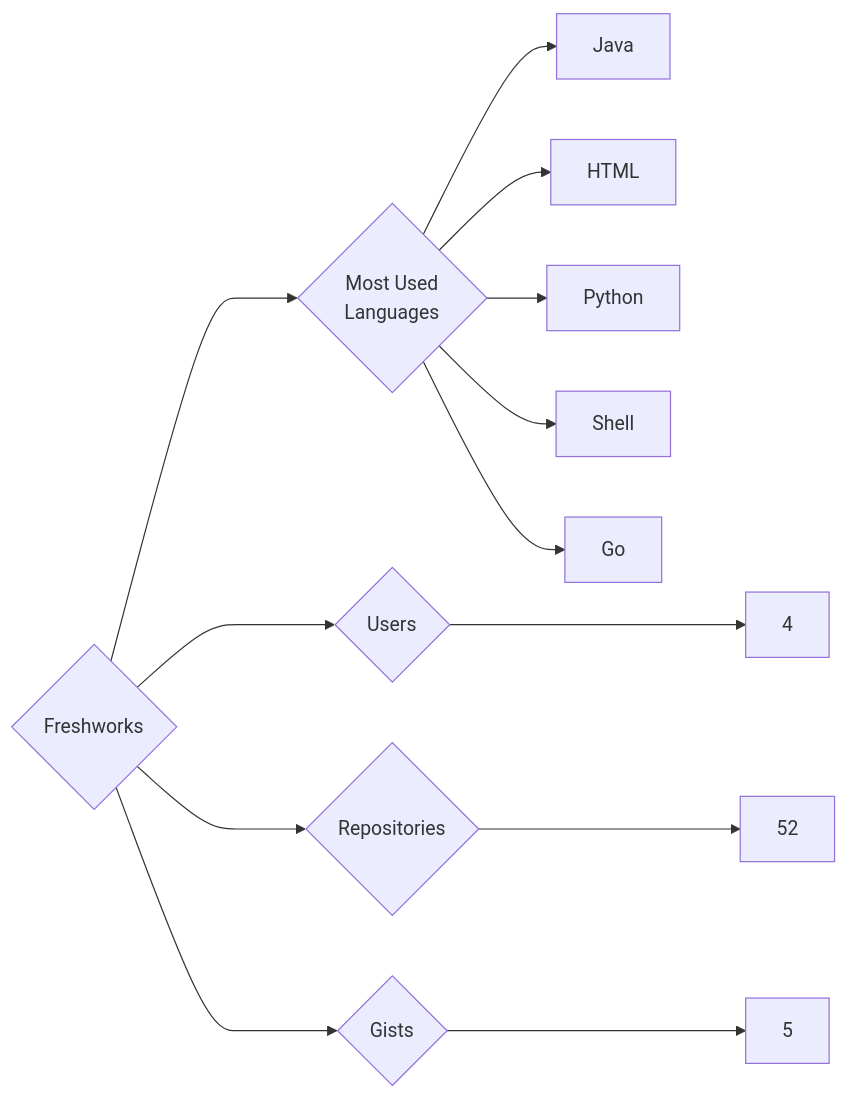
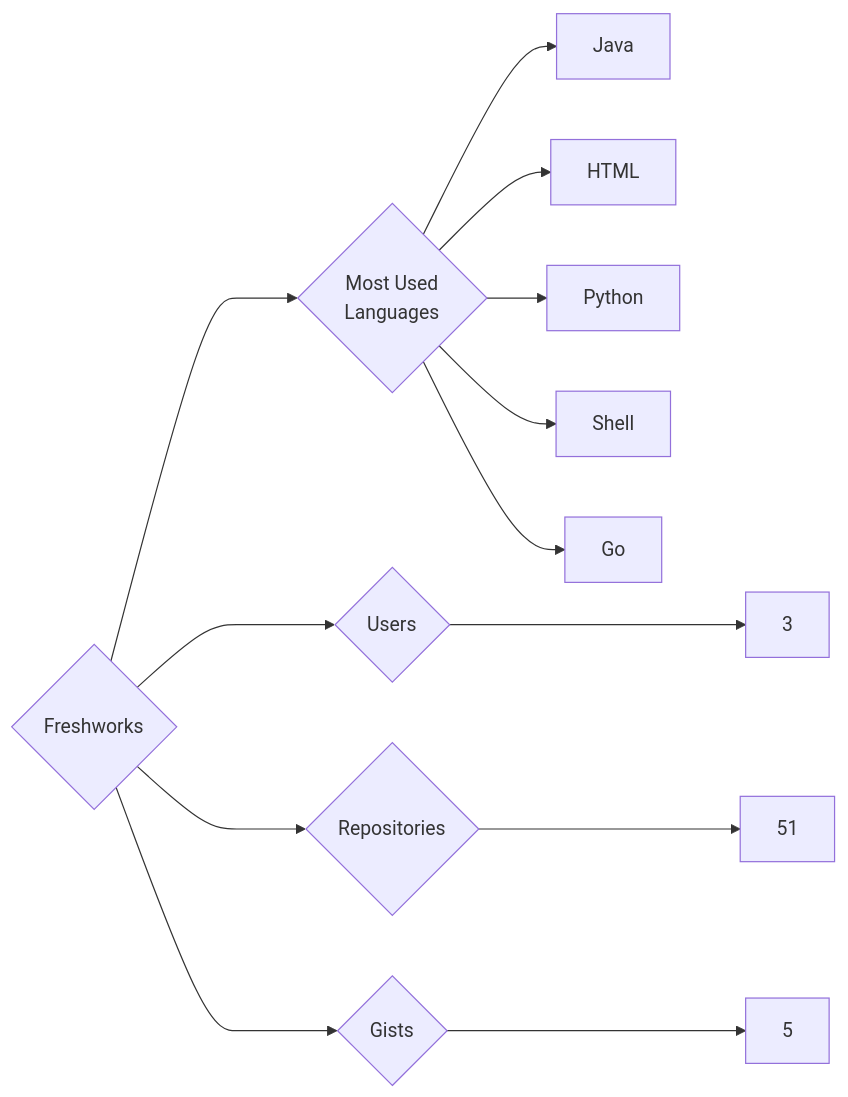
The diagram in targets/Freshworks/README.md (trickest/insiders), drawn with Mermaid before and after one commit. The commit also changed 934 other files, not shown here.

````diff
--- a/targets/Freshworks/README.md
+++ b/targets/Freshworks/README.md
@@ -3,13 +3,13 @@
 ```mermaid
 graph LR
 COMPANY_NAME{Freshworks}
-COMPANY_NAME ---> U{Users} ---> UN[4]
-COMPANY_NAME ---> R{Repositories} ---> RN[52]
+COMPANY_NAME ---> U{Users} ---> UN[3]
+COMPANY_NAME ---> R{Repositories} ---> RN[51]
 COMPANY_NAME ---> G{Gists} ---> GN[5]
 COMPANY_NAME ---> ML{Most Used<br>Languages}
 ML --> Java[Java]
 ML --> HTML[HTML]
 ML --> Python[Python]
 ML --> Shell[Shell]
 ML --> Go[Go]
 ```
````
